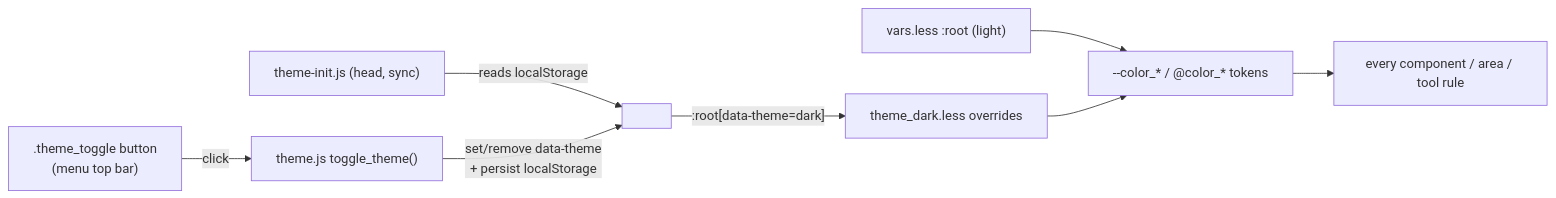
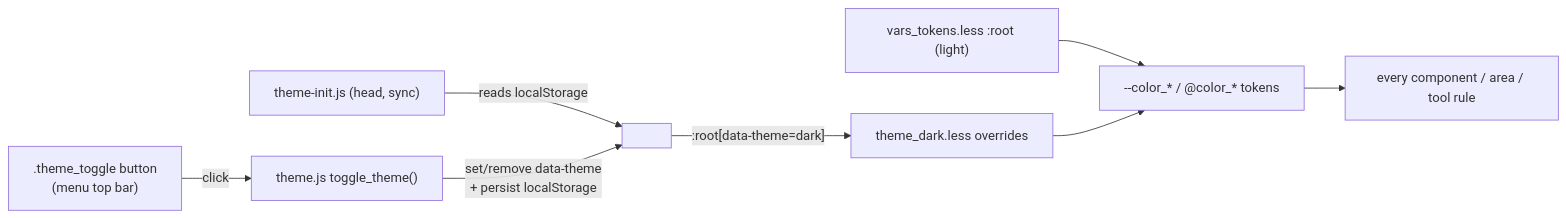
Before and after one commit to renderpci/dedalo: the diagram in docs/core/ui/themes.md, drawn with Mermaid. The commit also changed other lines of this file and 56 other files, not shown here.

````diff
--- a/docs/core/ui/themes.md
+++ b/docs/core/ui/themes.md
@@ -137,10 +186,10 @@
 ```mermaid
 flowchart LR
     INIT["theme-init.js (head, sync)"] -->|reads localStorage| HTML["<html data-theme>"]
     TOGGLE[".theme_toggle button<br/>(menu top bar)"] -->|click| TJS["theme.js toggle_theme()"]
     TJS -->|set/remove data-theme<br/>+ persist localStorage| HTML
     HTML -->|":root[data-theme=dark]"| DARK["theme_dark.less overrides"]
-    VARS["vars.less :root (light)"] --> TOKENS["--color_* / @color_* tokens"]
+    VARS["vars_tokens.less :root (light)"] --> TOKENS["--color_* / @color_* tokens"]
     DARK --> TOKENS
     TOKENS --> CSS["every component / area / tool rule"]
 ```
````
